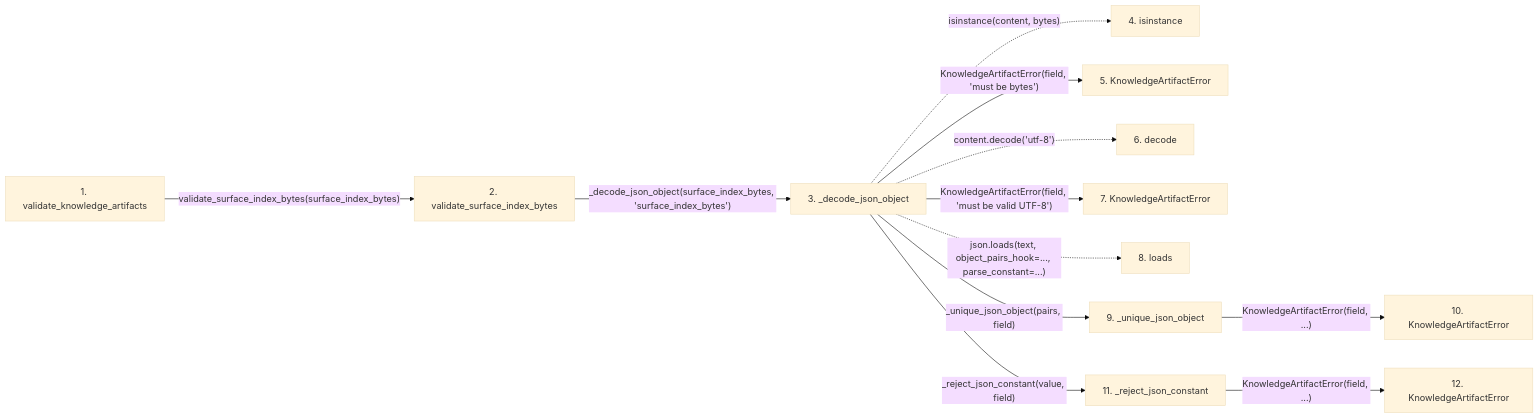
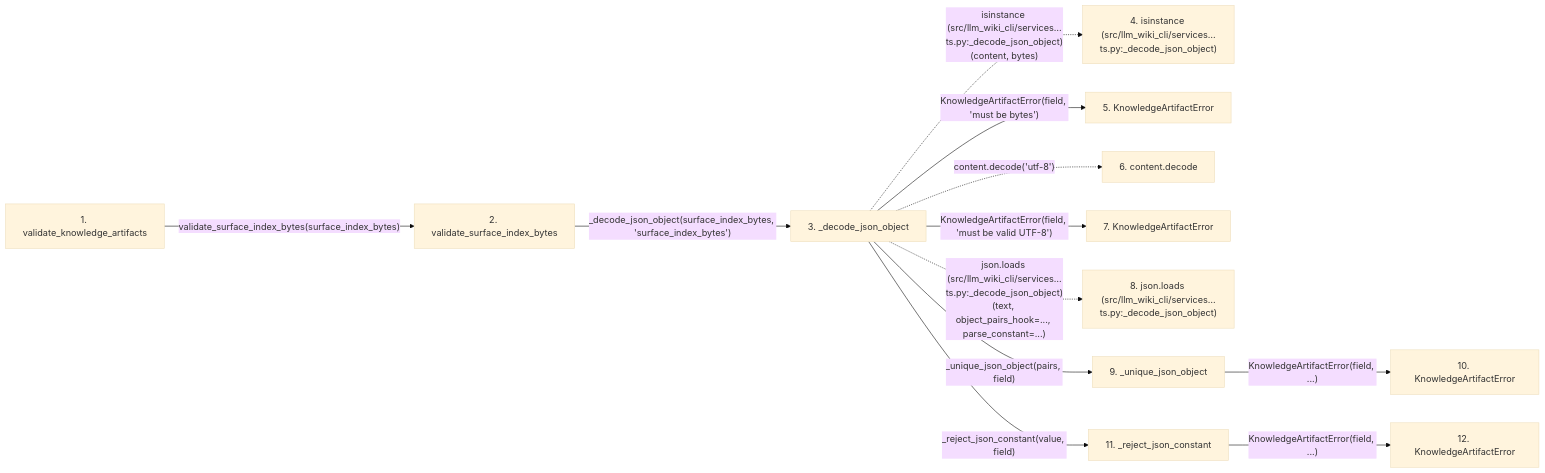
Before and after one commit to Denissvgn/python-wiki-llm: the second of 2 diagrams in docs/llm_wiki/flows/api-validate_knowledge_artifacts.md, drawn with Mermaid (base theme). The commit also changed other lines of this file and 719 other files, not shown here.

Commit message:
docs: refresh wiki while retaining archived workflow content

````diff
--- a/docs/llm_wiki/flows/api-validate_knowledge_artifacts.md
+++ b/docs/llm_wiki/flows/api-validate_knowledge_artifacts.md
@@ -86,35 +87,35 @@
 ```mermaid
 flowchart LR
     s1["1. validate_knowledge_artifacts"]
     s2["2. validate_surface_index_bytes"]
     s3["3. _decode_json_object"]
-    s4["4. isinstance"]
+    s4["4. isinstance (src/llm_wiki_cli/services…ts.py:_decode_json_object)"]
     s5["5. KnowledgeArtifactError"]
-    s6["6. decode"]
+    s6["6. content.decode"]
     s7["7. KnowledgeArtifactError"]
-    s8["8. loads"]
+    s8["8. json.loads (src/llm_wiki_cli/services…ts.py:_decode_json_object)"]
     s9["9. _unique_json_object"]
     s10["10. KnowledgeArtifactError"]
     s11["11. _reject_json_constant"]
     s12["12. KnowledgeArtifactError"]
     s1 -->|"validate_surface_index_bytes(surface_index_bytes)"| s2
     s2 -->|"_decode_json_object(surface_index_bytes, 'surface_index_bytes')"| s3
-    s3 -. "isinstance(content, bytes)" .-> s4
+    s3 -. "isinstance (src/llm_wiki_cli/services…ts.py:_decode_json_object)(content, bytes)" .-> s4
     s3 -->|"KnowledgeArtifactError(field, 'must be bytes')"| s5
     s3 -. "content.decode('utf-8')" .-> s6
     s3 -->|"KnowledgeArtifactError(field, 'must be valid UTF-8')"| s7
-    s3 -. "json.loads(text, object_pairs_hook=..., parse_constant=...)" .-> s8
+    s3 -. "json.loads (src/llm_wiki_cli/services…ts.py:_decode_json_object)(text, object_pairs_hook=..., parse_constant=...)" .-> s8
     s3 -->|"_unique_json_object(pairs, field)"| s9
     s9 -->|"KnowledgeArtifactError(field, ...)"| s10
     s3 -->|"_reject_json_constant(value, field)"| s11
     s11 -->|"KnowledgeArtifactError(field, ...)"| s12
     click s1 "../modules/knowledge_artifacts.md"
     click s2 "../modules/knowledge_artifacts.md"
     click s3 "../modules/knowledge_artifacts.md"
     click s5 "../modules/knowledge_artifacts.md"
     click s7 "../modules/knowledge_artifacts.md"
     click s9 "../modules/knowledge_artifacts.md"
     click s10 "../modules/knowledge_artifacts.md"
     click s11 "../modules/knowledge_artifacts.md"
     click s12 "../modules/knowledge_artifacts.md"
 ```
````
